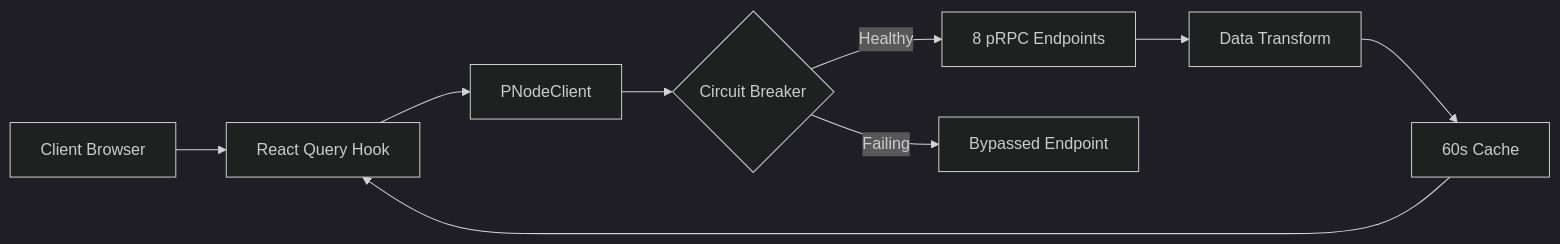
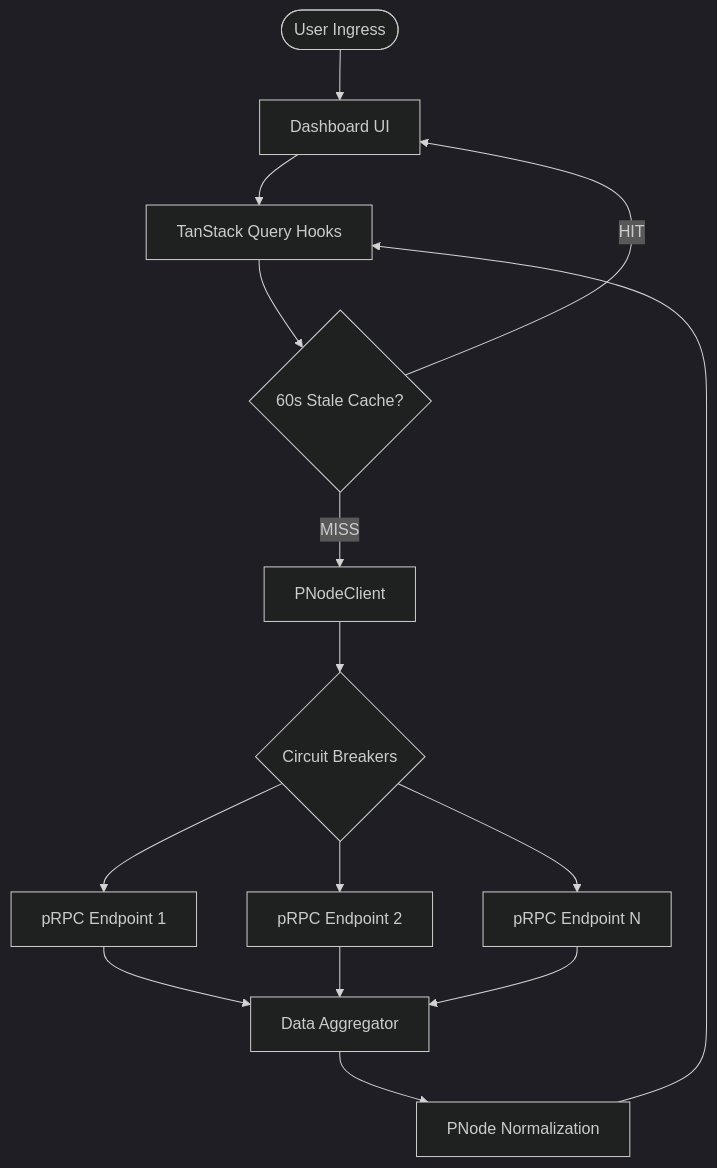
One commit to Dairus01/XandNodes changed the diagram in README.md. Above: the diagram before and after it, drawn with Mermaid (dark theme). The commit also changed other lines of this file, not shown here.

Commit message:
docs: expand README with technical architecture and precision scoring details

````diff
--- a/README.md
+++ b/README.md
@@ -100,11 +96,15 @@
 ```mermaid
-graph LR
-    A[Client Browser] --> B[React Query Hook]
-    B --> C[PNodeClient]
-    C --> D{Circuit Breaker}
-    D -- Healthy --> E[8 pRPC Endpoints]
-    D -- Failing --> F[Bypassed Endpoint]
-    E --> G[Data Transform]
-    G --> H[60s Cache]
-    H --> B
+graph TD
+    User([User Ingress]) --> UI[Dashboard UI]
+    UI --> Hooks[TanStack Query Hooks]
+    Hooks --> Cache{60s Stale Cache?}
+    Cache -- HIT --> UI
+    Cache -- MISS --> Client[PNodeClient]
+    Client --> CB{Circuit Breakers}
+    CB --> RPC1[pRPC Endpoint 1]
+    CB --> RPC2[pRPC Endpoint 2]
+    CB --> RPCN[pRPC Endpoint N]
+    RPC1 & RPC2 & RPCN --> Agg[Data Aggregator]
+    Agg --> Transform[PNode Normalization]
+    Transform --> Hooks
 ```
````
